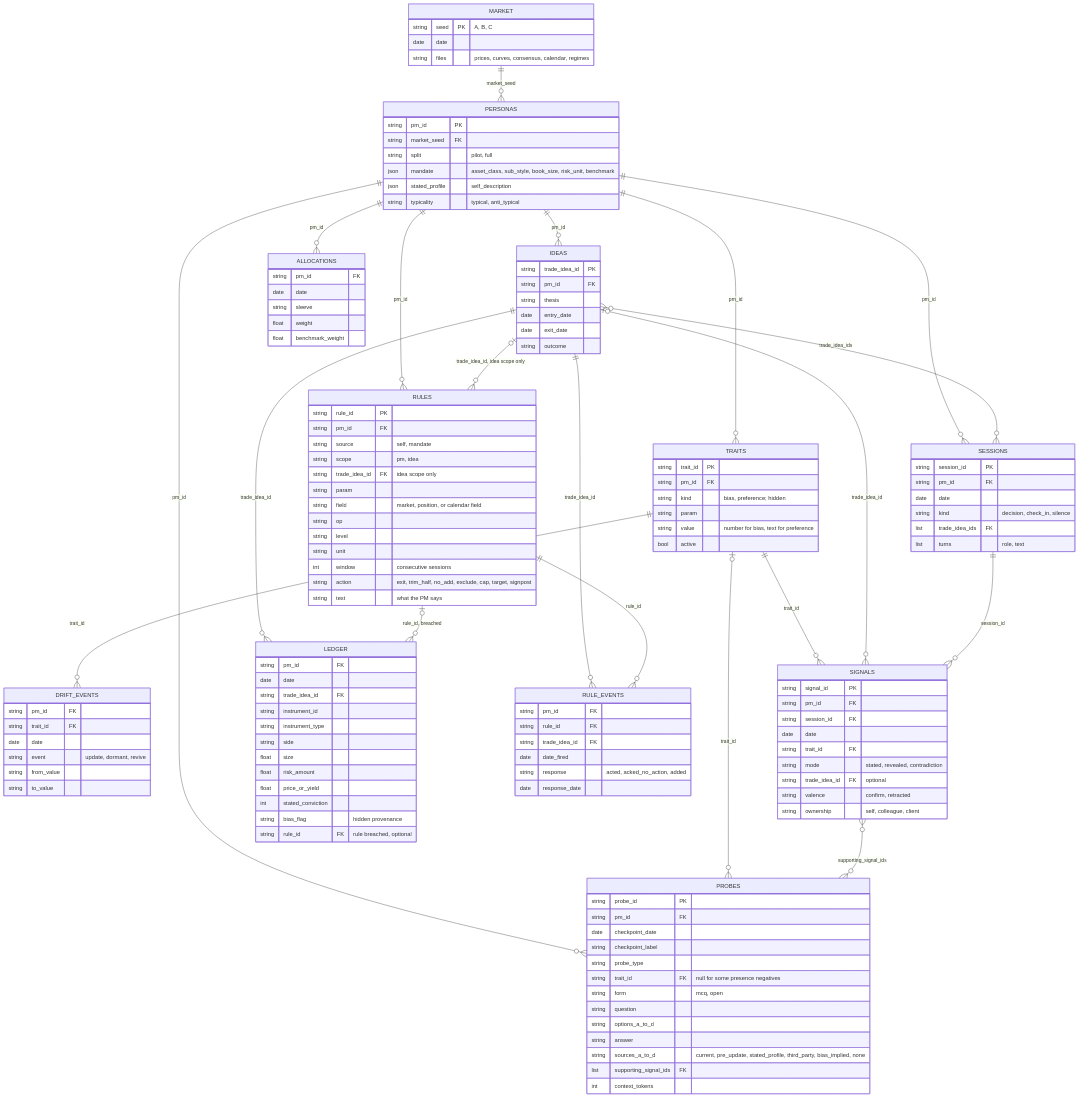
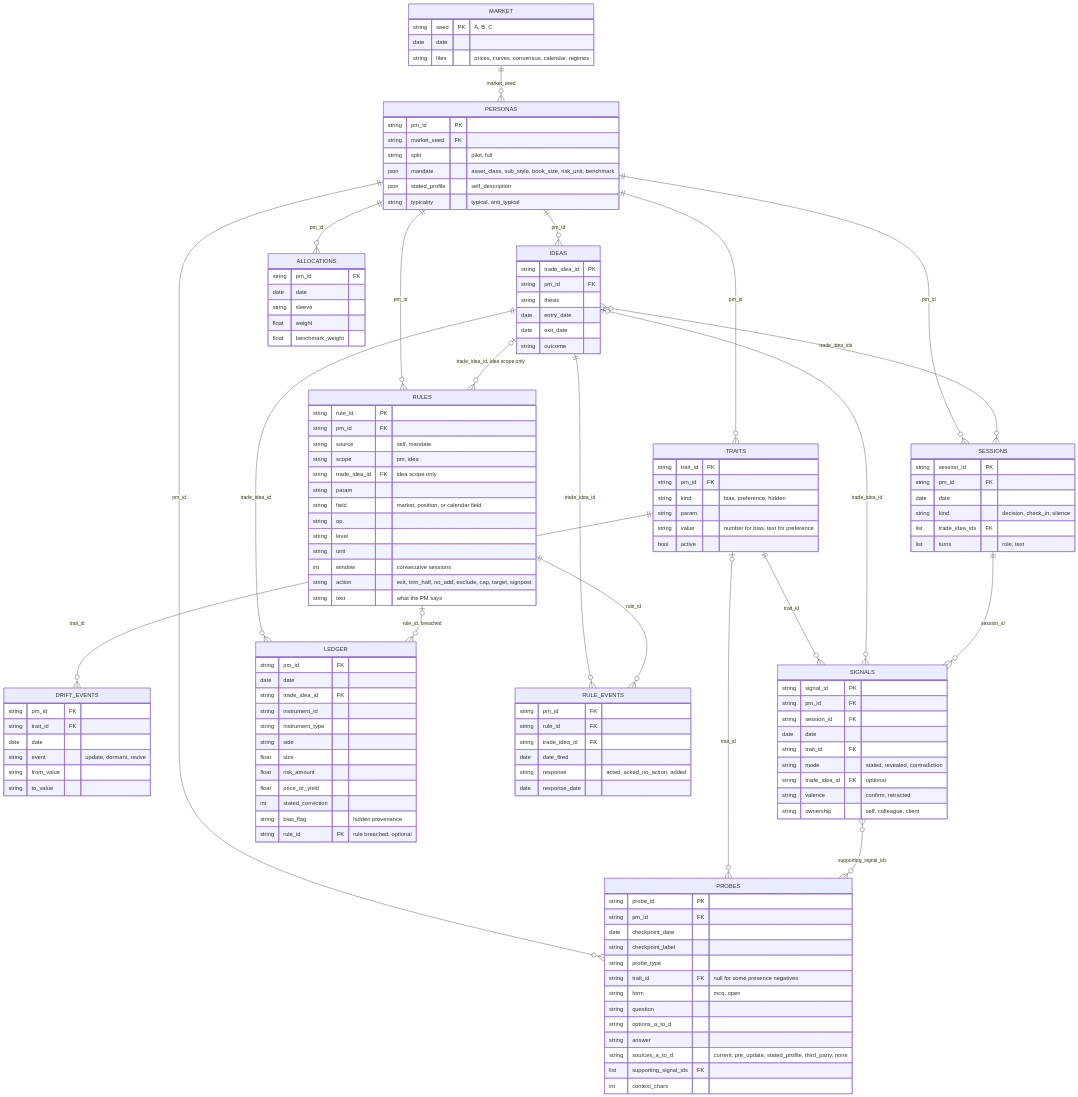
The diagram in docs/pm-dataset-plan.md (ipoeyke/pm-traitbench), drawn with Mermaid before and after one commit. The commit also changed other lines of this file and 47 other files, not shown here.

````diff
--- a/docs/pm-dataset-plan.md
+++ b/docs/pm-dataset-plan.md
@@ -719,8 +719,8 @@
         string question
         string options_a_to_d
         string answer
-        string sources_a_to_d "current, pre_update, stated_profile, third_party, bias_implied, none"
+        string sources_a_to_d "current, pre_update, stated_profile, third_party, none"
         list supporting_signal_ids FK
-        int context_tokens
+        int context_chars
     }
 ```
````
